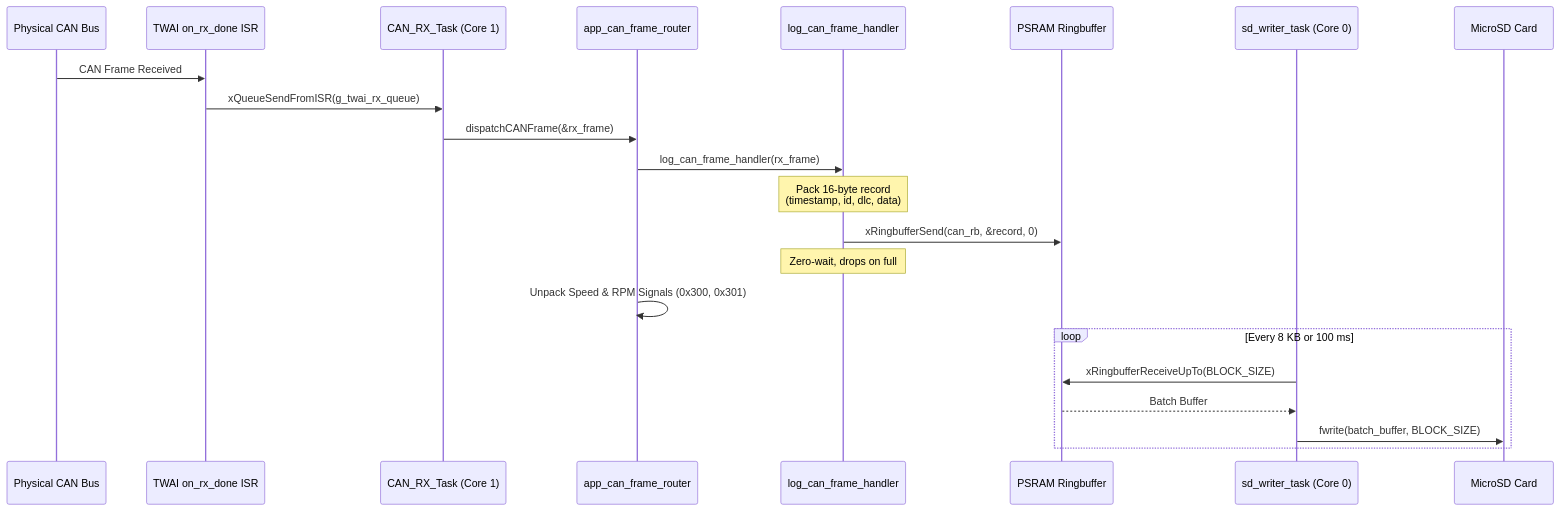
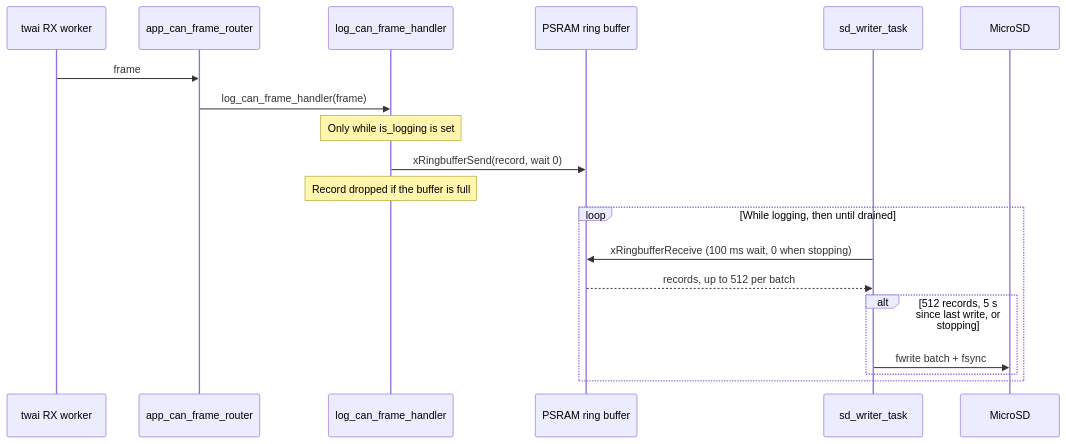
The second of 4 diagrams in docs/TOO.MD (martinroger/MiniGauge56), drawn with Mermaid before and after one commit. The commit also changed other lines of this file and 5 other files, not shown here.

````diff
--- a/docs/TOO.MD
+++ b/docs/TOO.MD
@@ -64,26 +99,22 @@
 ```mermaid
 sequenceDiagram
-    participant BUS as Physical CAN Bus
-    participant ISR as TWAI on_rx_done ISR
-    participant RX_TSK as CAN_RX_Task (Core 1)
+    participant RX as twai RX worker
     participant ROUTER as app_can_frame_router
     participant LOGGER as log_can_frame_handler
-    participant RB as PSRAM Ringbuffer
-    participant SD_TSK as sd_writer_task (Core 0)
-    participant SD as MicroSD Card
+    participant RB as PSRAM ring buffer
+    participant WR as sd_writer_task
+    participant SD as MicroSD
 
-    BUS->>ISR: CAN Frame Received
-    ISR->>RX_TSK: xQueueSendFromISR(g_twai_rx_queue)
-    RX_TSK->>ROUTER: dispatchCANFrame(&rx_frame)
-    ROUTER->>LOGGER: log_can_frame_handler(rx_frame)
-    Note over LOGGER: Pack 16-byte record<br/>(timestamp, id, dlc, data)
-    LOGGER->>RB: xRingbufferSend(can_rb, &record, 0)
-    Note over LOGGER: Zero-wait, drops on full
-    ROUTER->>ROUTER: Unpack Speed & RPM Signals (0x300, 0x301)
-    
-    loop Every 8 KB or 100 ms
-        SD_TSK->>RB: xRingbufferReceiveUpTo(BLOCK_SIZE)
-        RB-->>SD_TSK: Batch Buffer
-        SD_TSK->>SD: fwrite(batch_buffer, BLOCK_SIZE)
+    RX->>ROUTER: frame
+    ROUTER->>LOGGER: log_can_frame_handler(frame)
+    Note over LOGGER: Only while is_logging is set
+    LOGGER->>RB: xRingbufferSend(record, wait 0)
+    Note over LOGGER: Record dropped if the buffer is full
+    loop While logging, then until drained
+        WR->>RB: xRingbufferReceive (100 ms wait, 0 when stopping)
+        RB-->>WR: records, up to 512 per batch
+        alt 512 records, 5 s since last write, or stopping
+            WR->>SD: fwrite batch + fsync
+        end
     end
 ```
````
